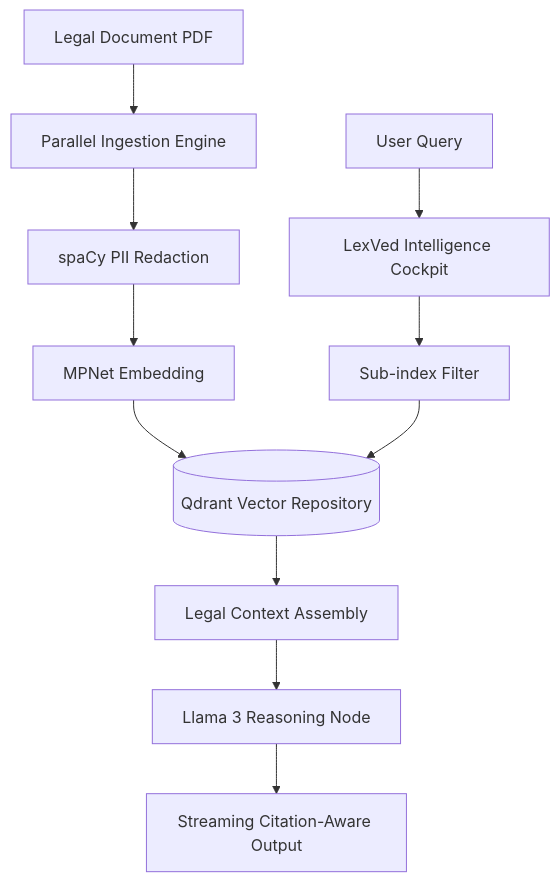
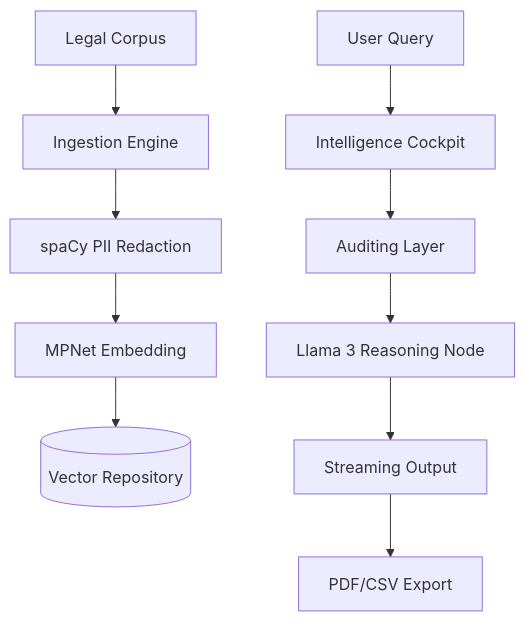
The diagram in README.md (Arjun-333/LexVed), drawn with Mermaid before and after one commit. The commit also changed other lines of this file and 1 other file, not shown here.

Commit message:
LexVed v2.5: Full Institutional Audit + Functional Sidebars + Robust Exports

````diff
--- a/README.md
+++ b/README.md
@@ -22,14 +18,13 @@
 ```mermaid
 graph TD
-    A[Legal Document PDF] --> B[Parallel Ingestion Engine]
+    A[Legal Corpus] --> B[Ingestion Engine]
     B --> C[spaCy PII Redaction]
     C --> D[MPNet Embedding]
-    D --> E[(Qdrant Vector Repository)]
+    D --> E[(Vector Repository)]
     
-    F[User Query] --> G[LexVed Intelligence Cockpit]
-    G --> H[Sub-index Filter]
-    H --> E
-    E --> I[Legal Context Assembly]
-    I --> J[Llama 3 Reasoning Node]
-    J --> K[Streaming Citation-Aware Output]
+    F[User Query] --> G[Intelligence Cockpit]
+    G --> H[Auditing Layer]
+    H --> I[Llama 3 Reasoning Node]
+    I --> J[Streaming Output]
+    J --> K[PDF/CSV Export]
 ```
````
